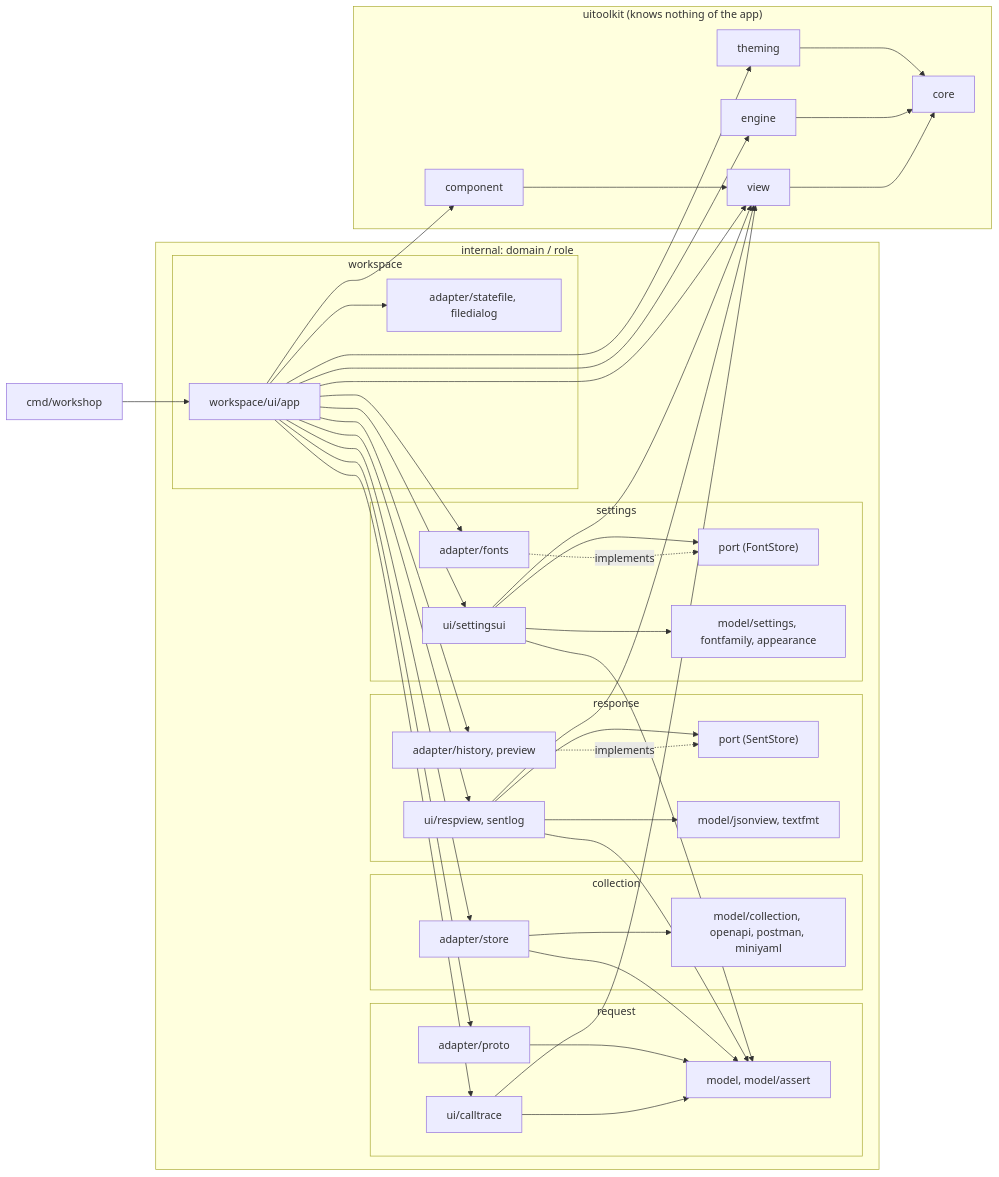
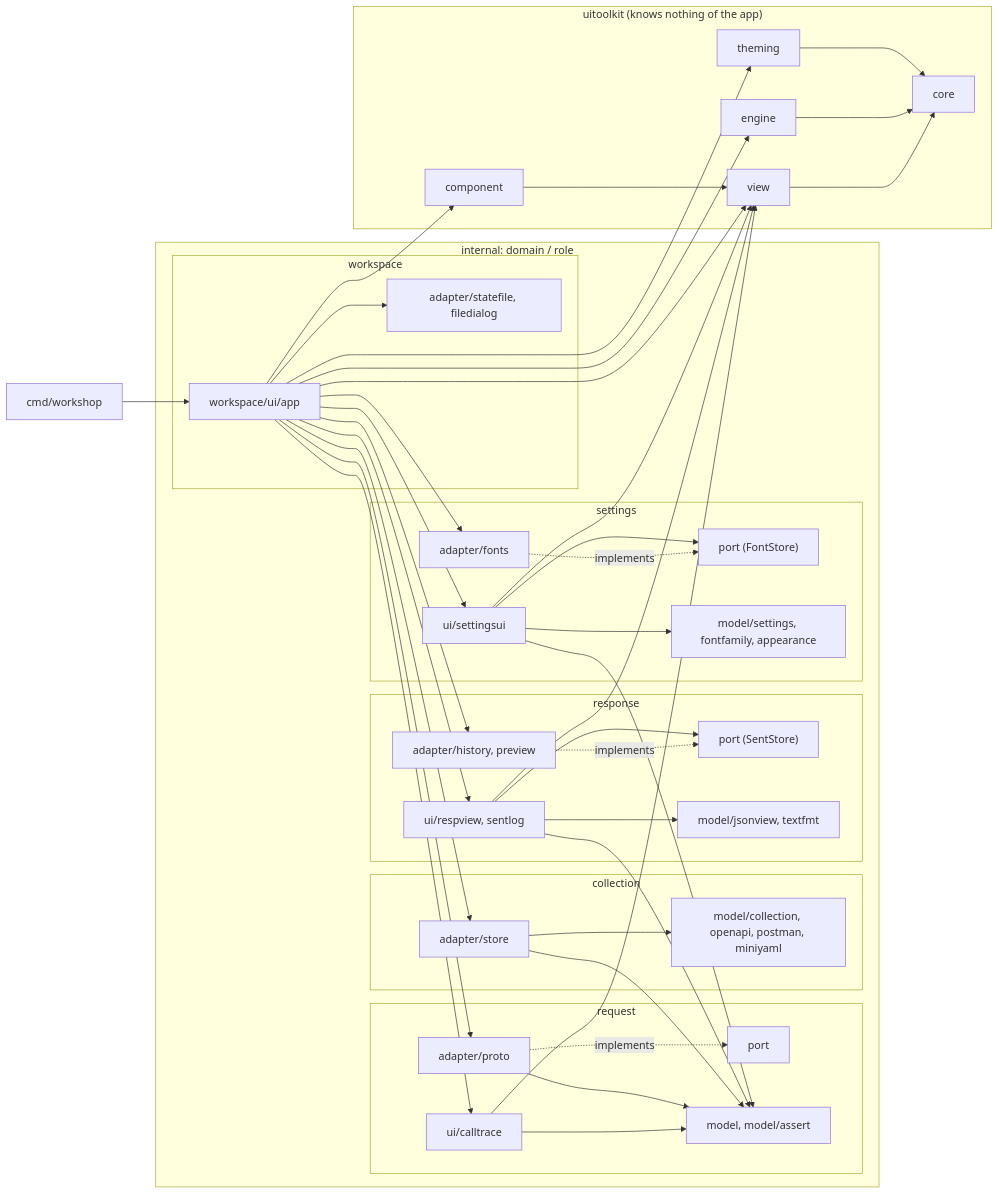
Before and after one commit to gascoigne-ai/gascoigne-workshop: the diagram in .harness/architecture.md, drawn with Mermaid. The commit also changed other lines of this file and 29 other files, not shown here.

````diff
--- a/.harness/architecture.md
+++ b/.harness/architecture.md
@@ -5,48 +5,50 @@
 ```mermaid
 flowchart LR
   cmd["cmd/workshop"] --> app["workspace/ui/app"]
   subgraph domains["internal: domain / role"]
     subgraph request
       rui["ui/calltrace"]
       rad["adapter/proto"]
+      rport["port"]
       rmod["model, model/assert"]
     end
     subgraph collection
       cad["adapter/store"]
       cmod["model/collection, openapi, postman, miniyaml"]
     end
     subgraph response
       sui["ui/respview, sentlog"]
       sport["port (SentStore)"]
       sad["adapter/history, preview"]
       smod["model/jsonview, textfmt"]
     end
     subgraph settings
       tui["ui/settingsui"]
       tport["port (FontStore)"]
       tad["adapter/fonts"]
       tmod["model/settings, fontfamily, appearance"]
     end
     subgraph workspace
       app
       wad["adapter/statefile, filedialog"]
     end
   end
   app --> rui & rad & cad & sui & sad & tui & tad & wad
   rui & rad & cad & sui & tui --> rmod
+  rad -. implements .-> rport
   sad -. implements .-> sport
   sui --> sport
   tad -. implements .-> tport
   tui --> tport
   tui --> tmod
   cad --> cmod
   sui --> smod
   subgraph toolkit["uitoolkit (knows nothing of the app)"]
     component["component"] --> view["view"]
     view --> core["core"]
     engine["engine"] --> core
     theming["theming"] --> core
   end
   app --> component & view & engine & theming
   rui & sui & tui --> view
 ```
````
